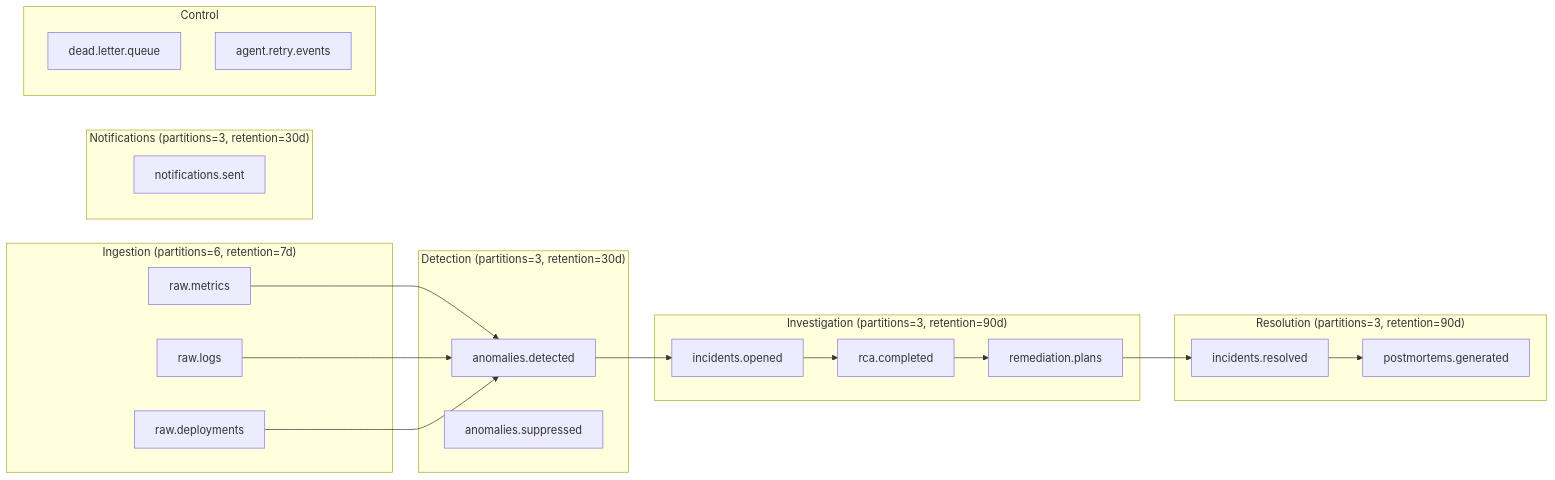
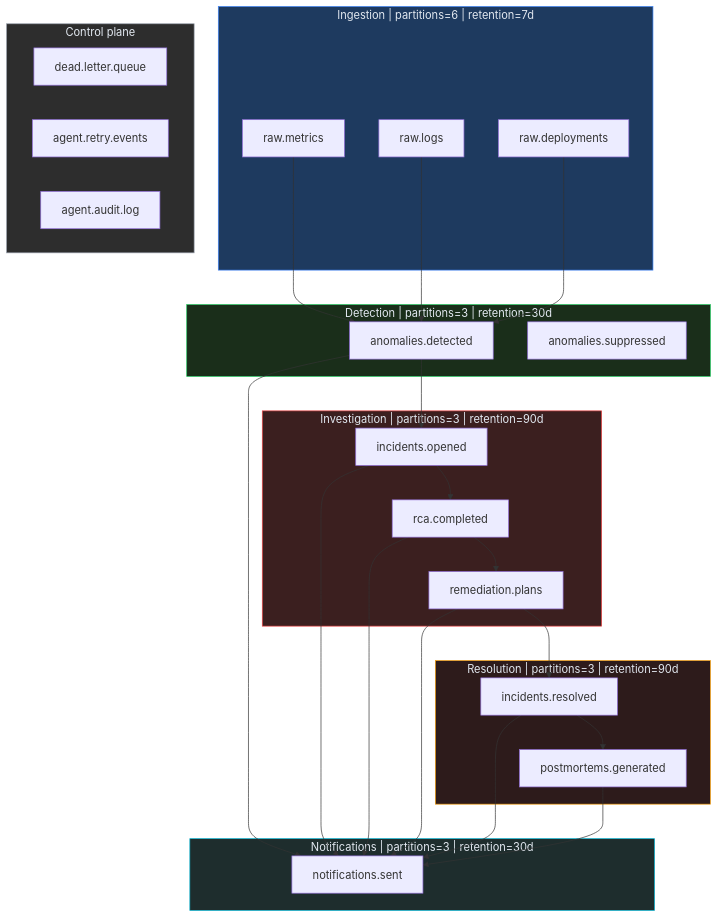
Before and after one commit to amudhan023/sre-copilot: the fourth of 7 diagrams in README.md, drawn with Mermaid. The commit also changed other lines of this file, not shown here.

First line of the commit message:
Rewrite README with structured docs, 7 Mermaid architecture diagrams

````diff
--- a/README.md
+++ b/README.md
@@ -180,35 +279,49 @@
 ```mermaid
-graph LR
-    subgraph IN["Ingestion (partitions=6, retention=7d)"]
+graph TD
+    subgraph RAW["Ingestion  |  partitions=6  |  retention=7d"]
         T1[raw.metrics]
         T2[raw.logs]
         T3[raw.deployments]
     end
-    subgraph DET["Detection (partitions=3, retention=30d)"]
+
+    subgraph DETECT["Detection  |  partitions=3  |  retention=30d"]
         T4[anomalies.detected]
         T5[anomalies.suppressed]
     end
-    subgraph INVEST["Investigation (partitions=3, retention=90d)"]
+
+    subgraph INVEST["Investigation  |  partitions=3  |  retention=90d"]
         T6[incidents.opened]
         T7[rca.completed]
         T8[remediation.plans]
     end
-    subgraph RESOL["Resolution (partitions=3, retention=90d)"]
+
+    subgraph RESOLVE["Resolution  |  partitions=3  |  retention=90d"]
         T9[incidents.resolved]
         T10[postmortems.generated]
     end
-    subgraph NOTIF["Notifications (partitions=3, retention=30d)"]
+
+    subgraph NOTIFY["Notifications  |  partitions=3  |  retention=30d"]
         T11[notifications.sent]
     end
-    subgraph CTRL["Control"]
+
+    subgraph CTRL["Control plane"]
         T12[dead.letter.queue]
         T13[agent.retry.events]
+        T14[agent.audit.log]
     end
 
     T1 & T2 & T3 --> T4
     T4 --> T6
     T6 --> T7
     T7 --> T8
     T8 --> T9
     T9 --> T10
+    T4 & T6 & T7 & T8 & T9 & T10 --> T11
+
+    style RAW fill:#1e3a5f,stroke:#3b82f6,color:#e2e8f0
+    style DETECT fill:#1a2e1a,stroke:#22c55e,color:#e2e8f0
+    style INVEST fill:#3b1f1f,stroke:#ef4444,color:#e2e8f0
+    style RESOLVE fill:#2d1b1b,stroke:#f59e0b,color:#e2e8f0
+    style NOTIFY fill:#1e2d2d,stroke:#06b6d4,color:#e2e8f0
+    style CTRL fill:#2d2d2d,stroke:#9ca3af,color:#e2e8f0
 ```
````
